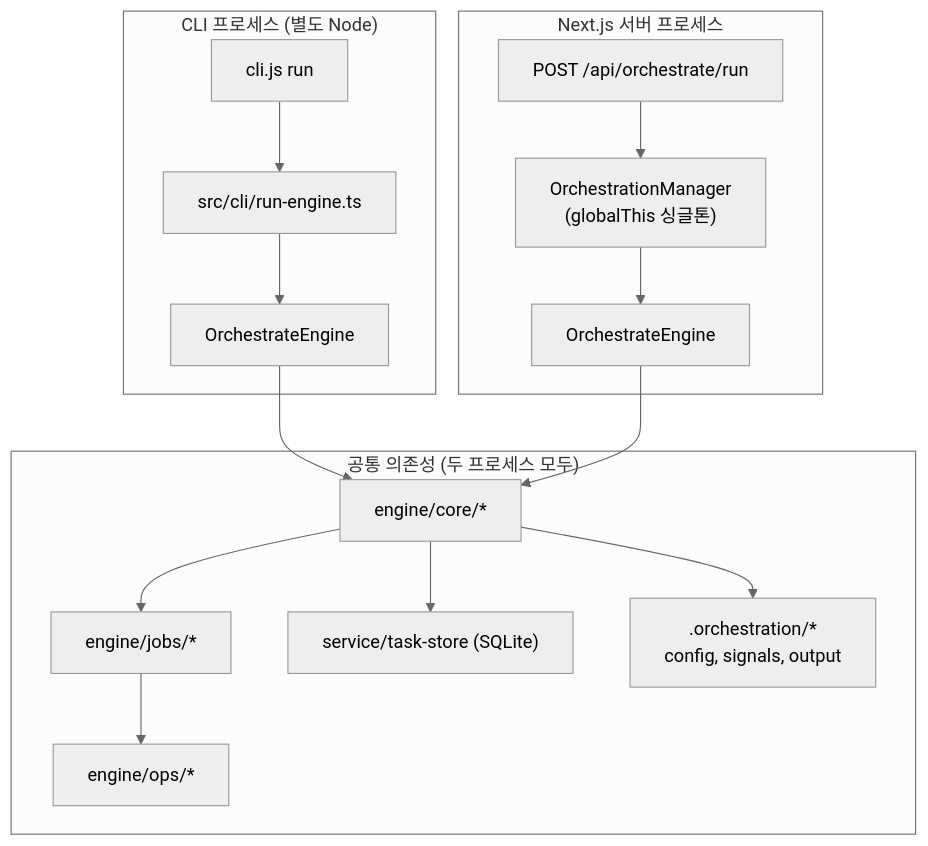
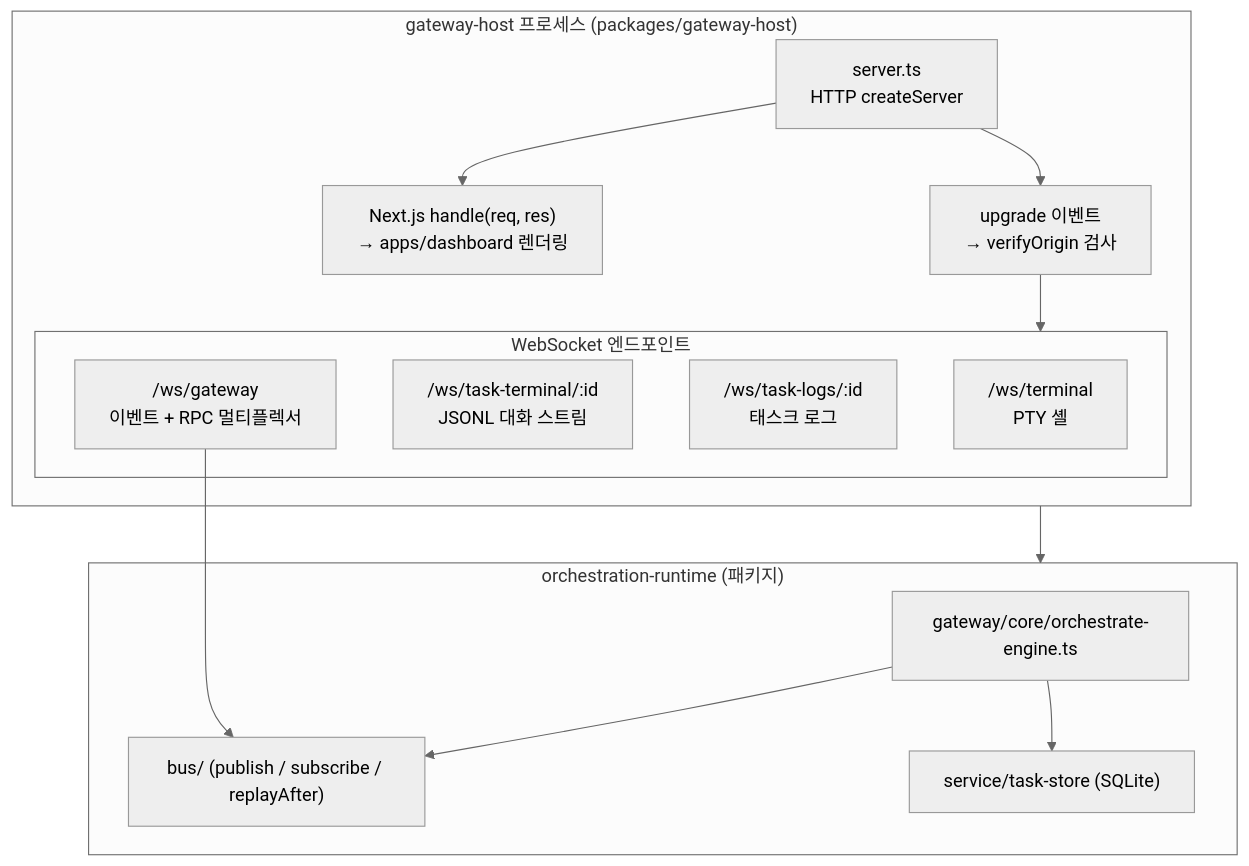
One commit to sdadaniel/orchestation changed the first of 4 diagrams in docs/architecture/orchestrator-node-architecture.md. Above: the diagram before and after it, drawn with Mermaid (neutral theme). The commit also changed other lines of this file, not shown here.

First line of the commit message:
docs(arch): rewrite orchestrator-node-architecture for gateway + ws

````diff
--- a/docs/architecture/orchestrator-node-architecture.md
+++ b/docs/architecture/orchestrator-node-architecture.md
@@ -11,30 +9,31 @@
 ```mermaid
 flowchart TB
-  subgraph cli["CLI 프로세스 (별도 Node)"]
-    cli_js["cli.js run"]
-    run_engine["src/cli/run-engine.ts"]
-    engine_cli["OrchestrateEngine"]
-    cli_js --> run_engine --> engine_cli
+  subgraph gw["gateway-host 프로세스 (packages/gateway-host)"]
+    server["server.ts\nHTTP createServer"]
+    next_handler["Next.js handle(req, res)\n→ apps/dashboard 렌더링"]
+    upgrade["upgrade 이벤트\n→ verifyOrigin 검사"]
+
+    server --> next_handler
+    server --> upgrade
+
+    subgraph ws_endpoints["WebSocket 엔드포인트"]
+      wss_terminal["/ws/terminal\nPTY 셸"]
+      wss_task_terminal["/ws/task-terminal/:id\nJSONL 대화 스트림"]
+      wss_task_logs["/ws/task-logs/:id\n태스크 로그"]
+      wss_gateway["/ws/gateway\n이벤트 + RPC 멀티플렉서"]
+    end
+
+    upgrade --> ws_endpoints
   end
 
-  subgraph next["Next.js 서버 프로세스"]
-    api_run["POST /api/orchestrate/run"]
-    mgr["OrchestrationManager\n(globalThis 싱글톤)"]
-    engine_web["OrchestrateEngine"]
-    api_run --> mgr --> engine_web
+  subgraph runtime["orchestration-runtime (패키지)"]
+    engine["gateway/core/orchestrate-engine.ts"]
+    bus["bus/ (publish / subscribe / replayAfter)"]
+    store["service/task-store (SQLite)"]
   end
 
-  subgraph shared["공통 의존성 (두 프로세스 모두)"]
-    core["engine/core/*"]
-    jobs["engine/jobs/*"]
-    ops["engine/ops/*"]
-    store["service/task-store (SQLite)"]
-    orch_fs[".orchestration/*\nconfig, signals, output"]
-  end
-
-  engine_cli --> core
-  engine_web --> core
-  core --> jobs --> ops
-  core --> store
-  core --> orch_fs
+  gw --> runtime
+  wss_gateway --> bus
+  engine --> bus
+  engine --> store
 ```
````
